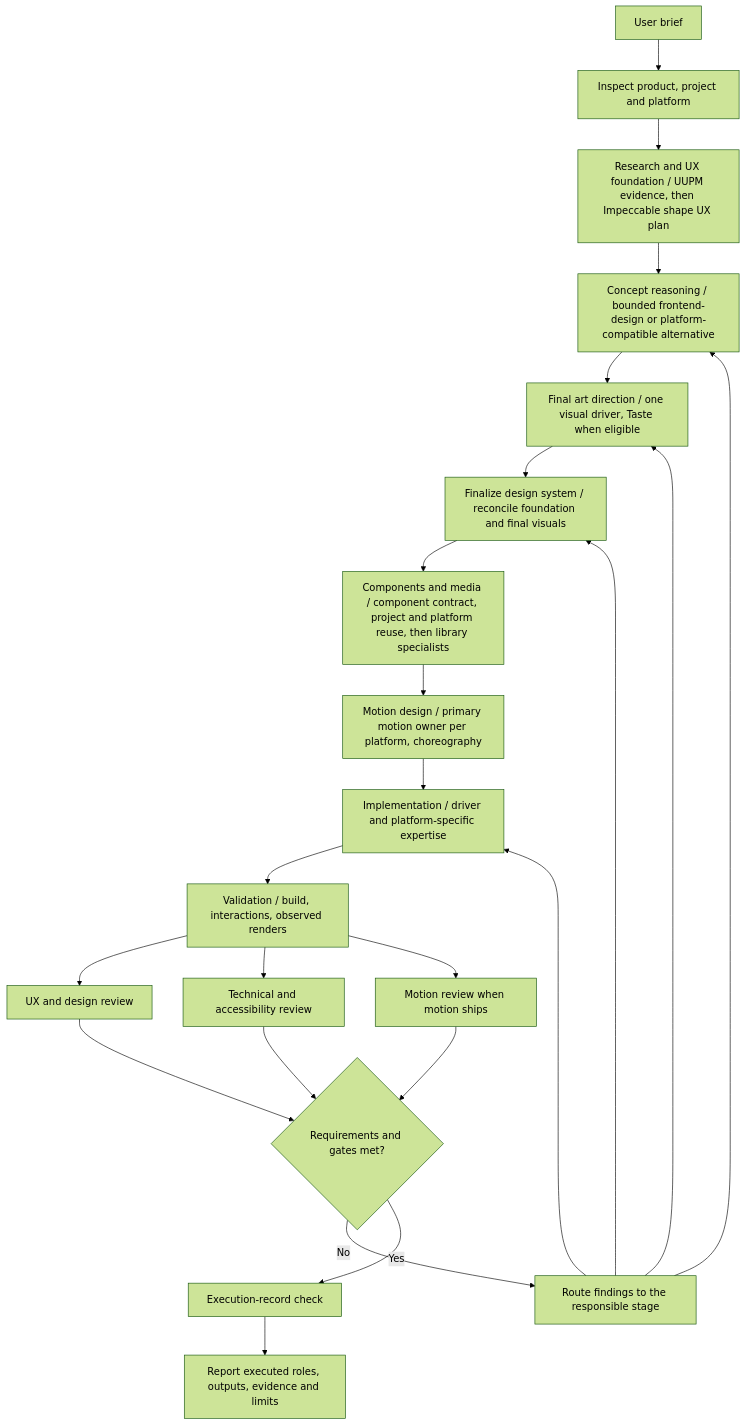
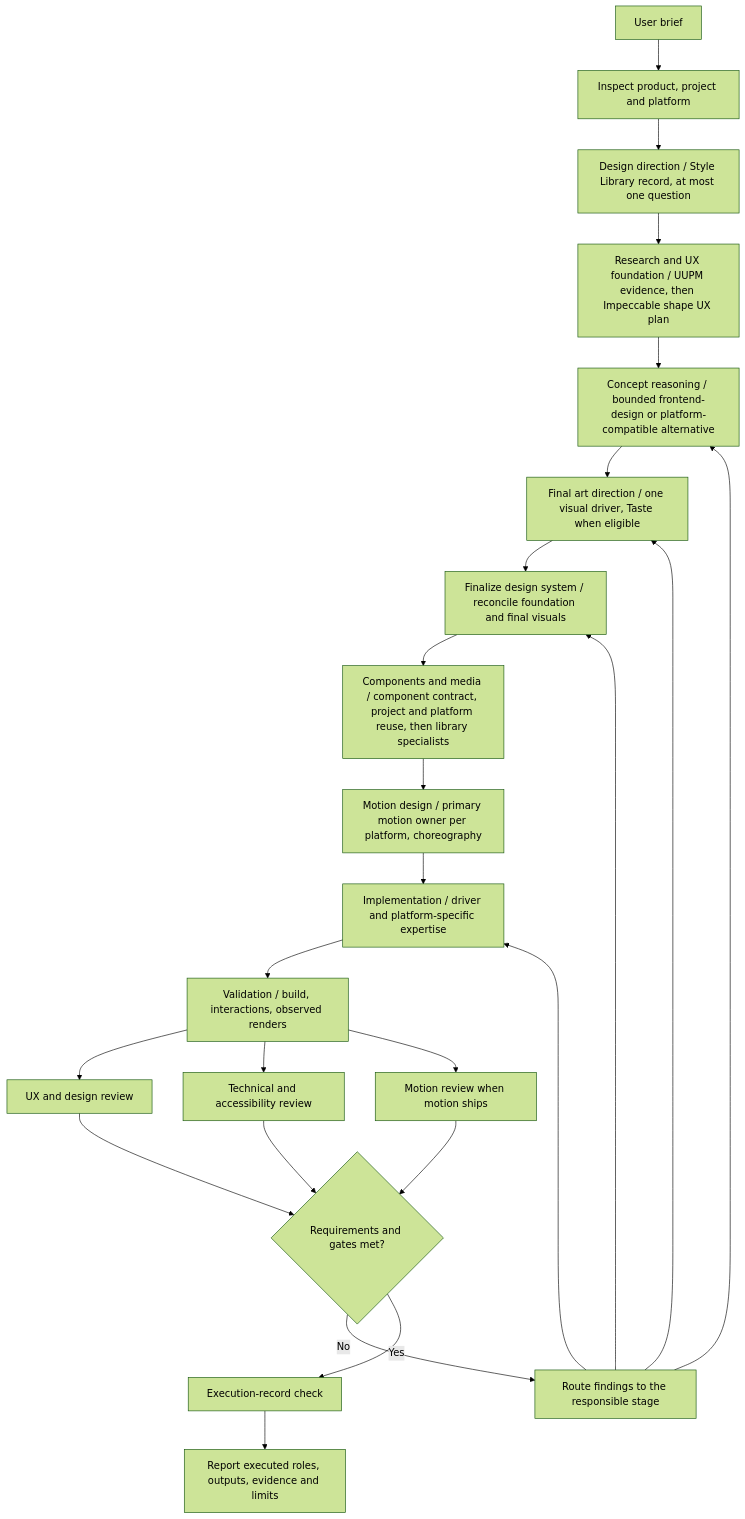
One commit to grayxcviii/uiux-orchestrator changed the diagram in docs/architecture.md. Above: the diagram before and after it, drawn with Mermaid (forest theme). The commit also changed other lines of this file and 24 other files, not shown here.

Commit message:
fix: release 1.5.0 with design direction engine and style library

````diff
--- a/docs/architecture.md
+++ b/docs/architecture.md
@@ -10,25 +10,26 @@
 ```mermaid
 flowchart TD
     U[User brief] --> I[Inspect product, project and platform]
-    I --> F[Research and UX foundation / UUPM evidence, then Impeccable shape UX plan]
+    I --> D[Design direction / Style Library record, at most one question]
+    D --> F[Research and UX foundation / UUPM evidence, then Impeccable shape UX plan]
     F --> C[Concept reasoning / bounded frontend-design or platform-compatible alternative]
     C --> A[Final art direction / one visual driver, Taste when eligible]
     A --> S[Finalize design system / reconcile foundation and final visuals]
     S --> P[Components and media / component contract, project and platform reuse, then library specialists]
     P --> M[Motion design / primary motion owner per platform, choreography]
     M --> B[Implementation / driver and platform-specific expertise]
     B --> V[Validation / build, interactions, observed renders]
     V --> R1[UX and design review]
     V --> R2[Technical and accessibility review]
     V --> R3[Motion review when motion ships]
     R1 --> G{Requirements and gates met?}
     R2 --> G
     R3 --> G
     G -- No --> FIX[Route findings to the responsible stage]
     FIX --> C
     FIX --> A
     FIX --> S
     FIX --> B
     G -- Yes --> CHECK[Execution-record check]
     CHECK --> REPORT[Report executed roles, outputs, evidence and limits]
 ```
````
